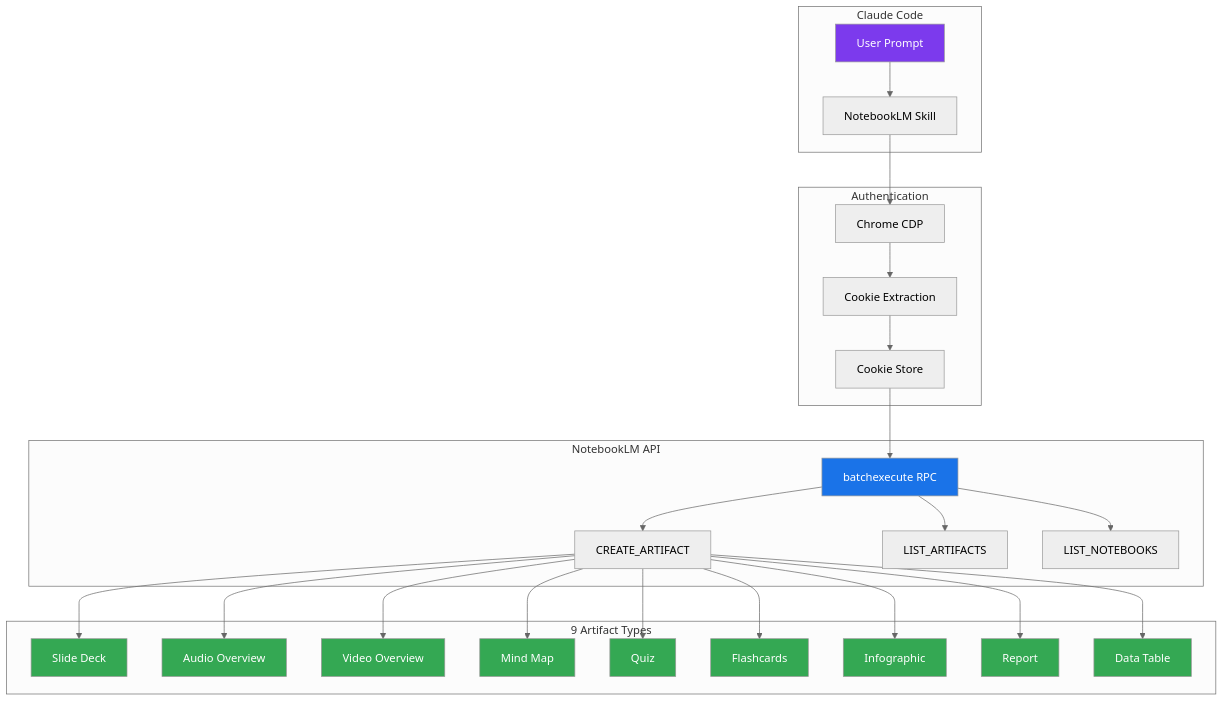
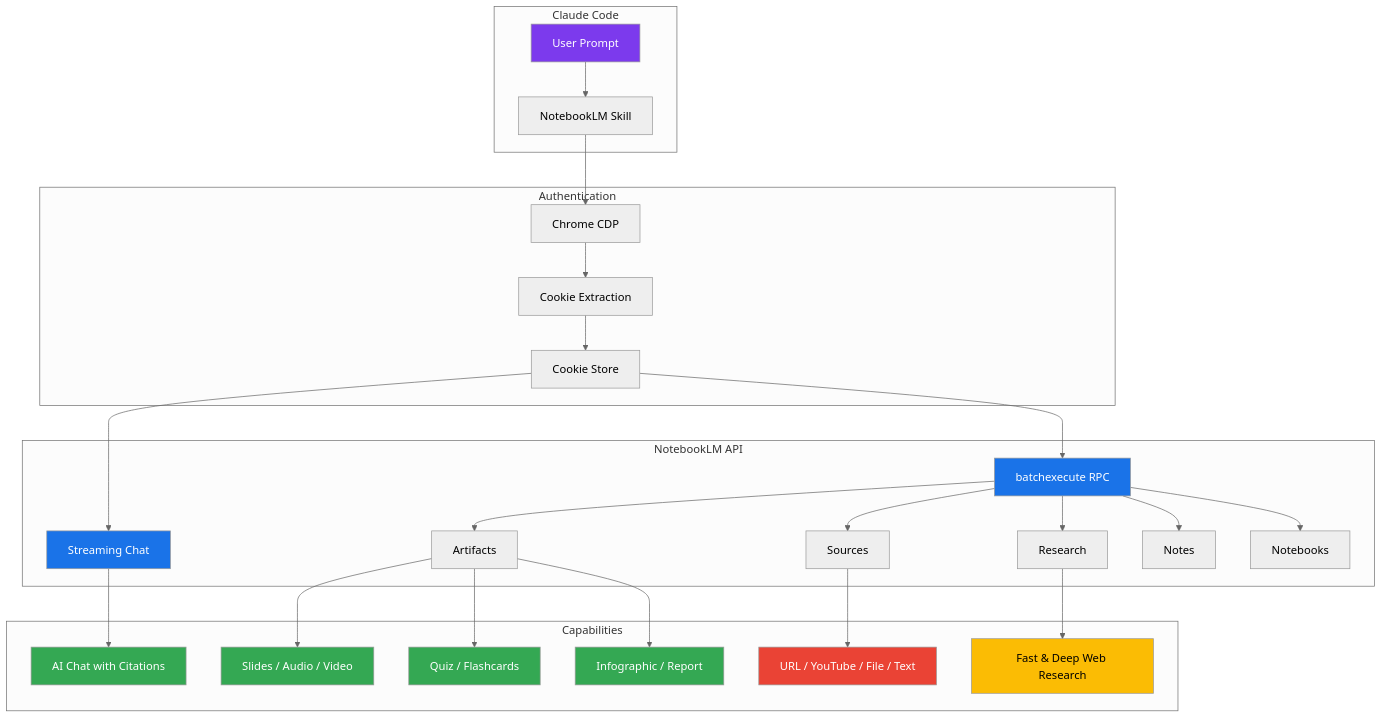
The first of 2 diagrams in README.md (proyecto26/notebooklm-ai-plugin), drawn with Mermaid (neutral theme) before and after one commit. The commit also changed other lines of this file and 3 other files, not shown here.

````diff
--- a/README.md
+++ b/README.md
@@ -211,43 +220,41 @@
 ```mermaid
 graph TB
     subgraph "Claude Code"
         A["User Prompt"] --> B["NotebookLM Skill"]
     end
 
     subgraph "Authentication"
         B --> C["Chrome CDP"]
         C --> D["Cookie Extraction"]
         D --> E["Cookie Store"]
     end
 
     subgraph "NotebookLM API"
         E --> F["batchexecute RPC"]
-        F --> G["CREATE_ARTIFACT"]
-        F --> H["LIST_ARTIFACTS"]
-        F --> I["LIST_NOTEBOOKS"]
+        E --> F2["Streaming Chat"]
+        F --> G["Artifacts"]
+        F --> H["Sources"]
+        F --> I["Research"]
+        F --> I2["Notes"]
+        F --> I3["Notebooks"]
     end
 
-    subgraph "9 Artifact Types"
-        G --> J["Slide Deck"]
-        G --> K["Audio Overview"]
-        G --> L["Video Overview"]
-        G --> M["Mind Map"]
-        G --> N["Quiz"]
-        G --> O["Flashcards"]
-        G --> P["Infographic"]
-        G --> Q["Report"]
-        G --> R["Data Table"]
+    subgraph "Capabilities"
+        F2 --> S["AI Chat with Citations"]
+        G --> J["Slides / Audio / Video"]
+        G --> K["Quiz / Flashcards"]
+        G --> L["Infographic / Report"]
+        H --> M["URL / YouTube / File / Text"]
+        I --> N["Fast & Deep Web Research"]
     end
 
     style A fill:#7c3aed,color:#fff
     style F fill:#1a73e8,color:#fff
+    style F2 fill:#1a73e8,color:#fff
+    style S fill:#34a853,color:#fff
     style J fill:#34a853,color:#fff
     style K fill:#34a853,color:#fff
     style L fill:#34a853,color:#fff
-    style M fill:#34a853,color:#fff
-    style N fill:#34a853,color:#fff
-    style O fill:#34a853,color:#fff
-    style P fill:#34a853,color:#fff
-    style Q fill:#34a853,color:#fff
-    style R fill:#34a853,color:#fff
+    style M fill:#ea4335,color:#fff
+    style N fill:#fbbc04,color:#000
 ```
````
